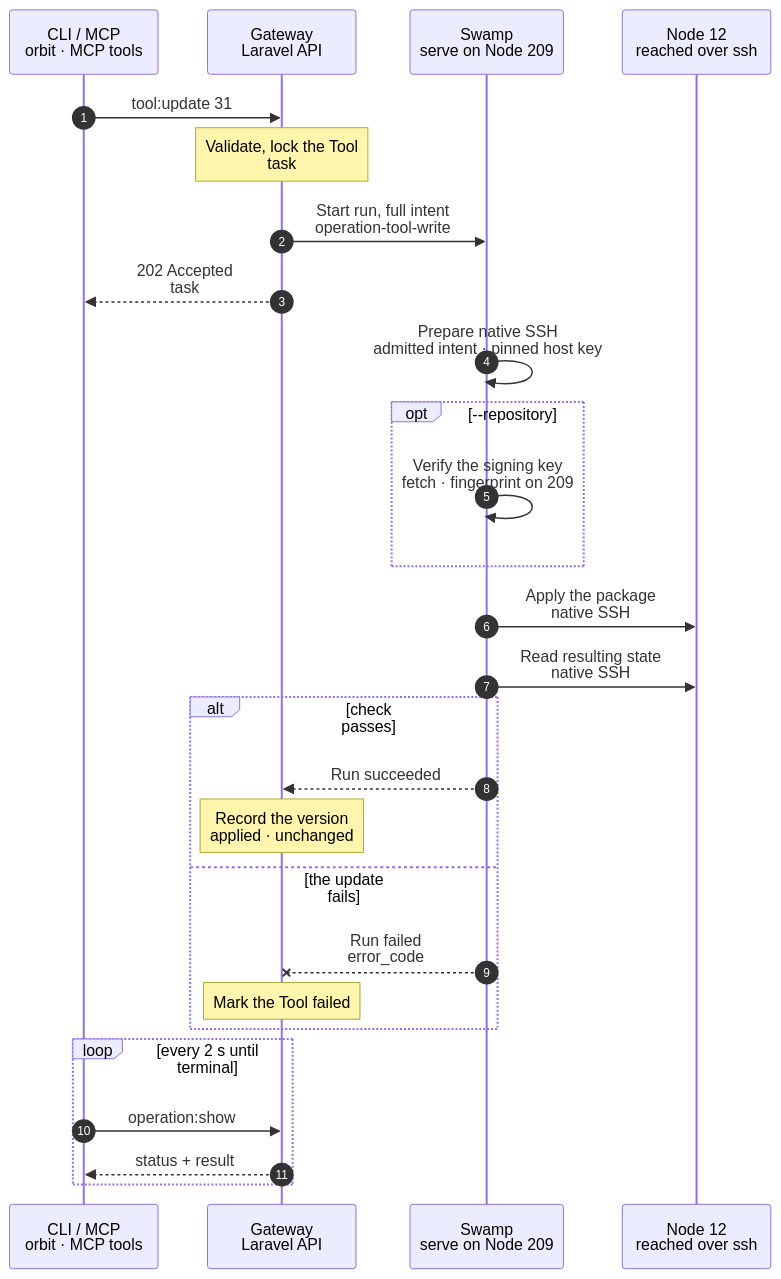
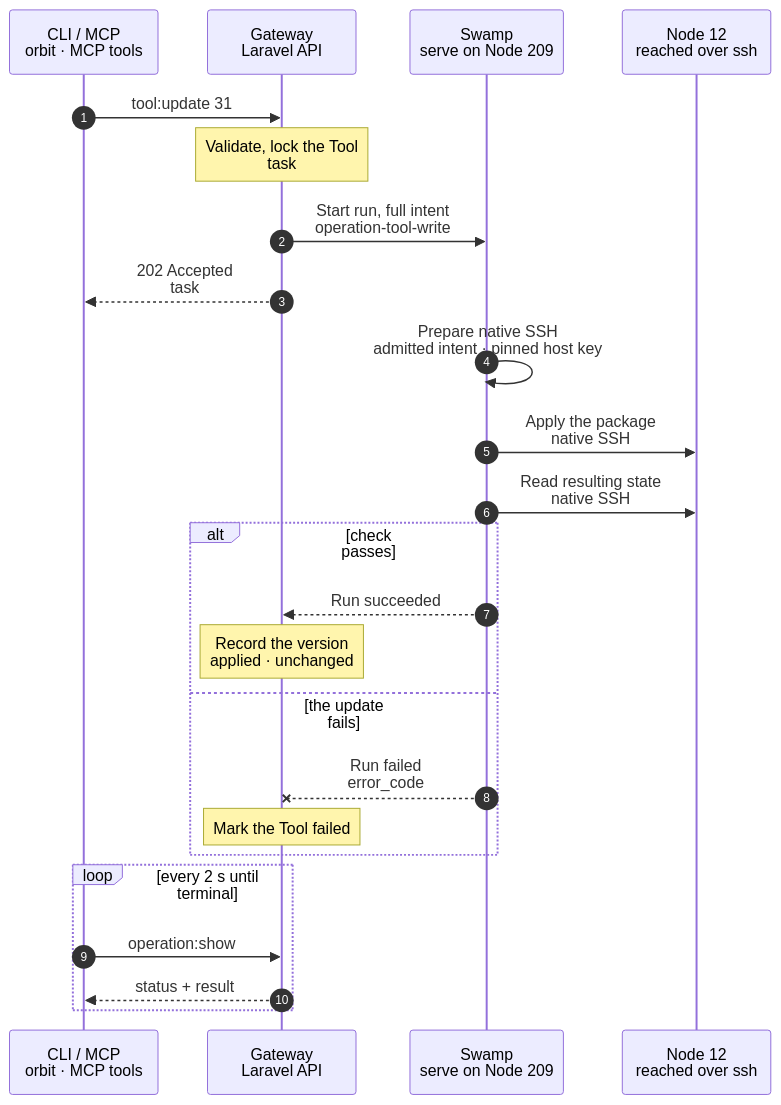
One commit to hardimpactdev/orbit changed the diagram in docs/cli/tool/update.mmd. Above: the diagram before and after it, drawn with Mermaid. The commit also changed 124 other files, not shown here.

First line of the commit message:
Make the apt repository an explicit Node record instead of inferring source trust

```diff
--- a/docs/cli/tool/update.mmd
+++ b/docs/cli/tool/update.mmd
@@ -1,52 +1,48 @@
 sequenceDiagram
   %% docs/reference/tools.md#install-and-update-a-tool
   %% status: draft
   %% command: tool:update
   %% kind: tool.update
   %% Pinned Debian downloads use native SSH curl exit codes for transport-only fallback, then verify the pin before publication.
   autonumber
   %% lane CLI icon=terminal pill=caller tone=gray
   %% lane GW icon=gateway pill=intent tone=blue
   %% lane SW icon=workflow pill=executes tone=green
   %% lane N icon=server pill=target tone=amber
   participant CLI as CLI / MCP<br/>orbit · MCP tools
   participant GW as Gateway<br/>Laravel API
   participant SW as Swamp<br/>serve on Node 209
   participant N as Node 12<br/>reached over ssh
   CLI->>GW: tool:update 31
   %%> Command:
   %%> - `orbit tool:update 31`
-  %%> - syntax: `<tool> [--tool-version=VERSION] [--repository=JSON] [--idempotency-key=KEY] [--json]`
+  %%> - syntax: `<tool> [--tool-version=VERSION] [--repository=NAME] [--idempotency-key=KEY] [--json]`
   Note over GW: Validate, lock the Tool<br/>task #5134 · ripgrep on Node 12
   %%> Requirements:
   %%> - your Node has an access grant to Node 12
   %%> - file mode requires its declared coordinate without overrides; database mode retains an existing pin unless the caller supplies a new one
   %%> - a host `conn-server` update records the desired release without a Swamp run; an explicit rollout applies it
+  %%> - an apt Tool's repository must be ready (`tool.repository_not_ready`); `--repository` may only repeat the one it references (`tool.repository_conflict`)
   GW->>SW: Start run, full intent<br/>operation-tool-write
   GW-->>CLI: 202 Accepted<br/>task #5134
   SW->>SW: Prepare native SSH<br/>admitted intent · pinned host key
-  opt --repository
-    SW->>SW: Verify the signing key<br/>fetch · fingerprint on 209
-    %%> Why on 209:
-    %%> - a wrong key stops the run before Node 12 is touched
-  end
   SW->>N: Apply the package<br/>native SSH
   %%> Scope:
   %%> - update uses the direct install/update workflow, limited to this Tool; it shares admission and candidate policy, not the Ansible executor, with convergence
-  %%> - an apt source's preferences hold only owned Tools until this Tool is verified; then they name the confirmed source's origins alone
+  %%> - a repository's preference holds only owned Tools until this Tool is verified installed from it; then it adds this Tool
   %%> Version:
   %%> - select the exact admitted version, or the manager's candidate for an unpinned database Tool; check the constraint before writing
   SW->>N: Read resulting state<br/>native SSH
   alt check passes
     SW-->>GW: Run succeeded
     Note over GW: Record the version<br/>applied · unchanged
   else the update fails
     SW--xGW: Run failed<br/>error_code
     %%> On failure:
     %%> - the Tool keeps its old version when the package manager did not change it
     Note over GW: Mark the Tool failed
   end
   loop every 2 s until terminal
     CLI->>GW: operation:show #5134
     GW-->>CLI: status + result
   end
```
